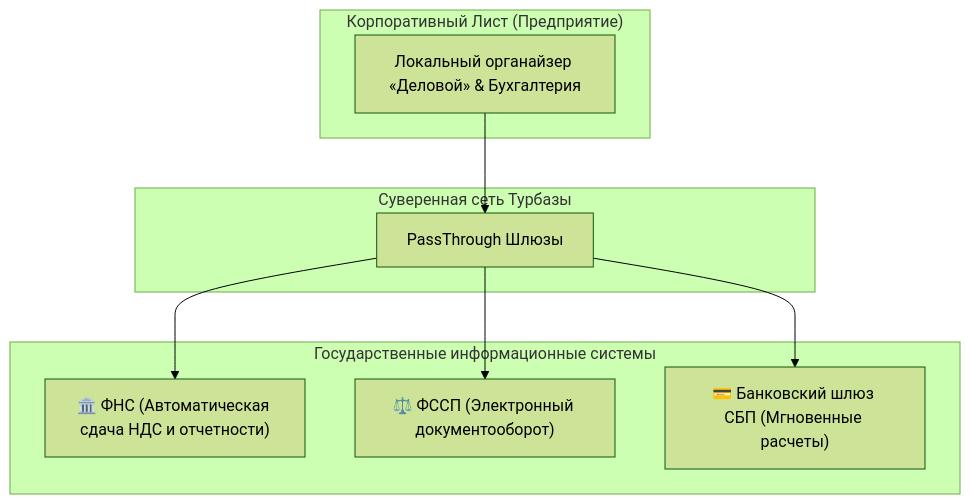
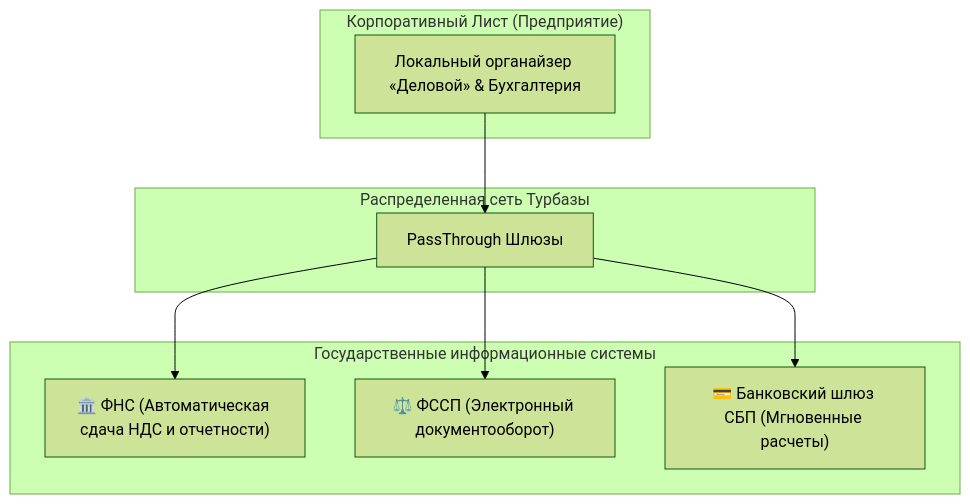
The ninth of 12 diagrams in architecture_presentations/05_routing_p2p_and_passthrough/docs/presentation_deck.md (Data-Independence-Network/presentations), drawn with Mermaid (forest theme) before and after one commit. The commit also changed other lines of this file and 81 other files, not shown here.

```diff
--- a/architecture_presentations/05_routing_p2p_and_passthrough/docs/presentation_deck.md
+++ b/architecture_presentations/05_routing_p2p_and_passthrough/docs/presentation_deck.md
@@ -473,21 +473,21 @@
         <div class="mermaid">
 graph TB
     subgraph Enterprise["Корпоративный Лист (Предприятие)"]
         ERP["Локальный органайзер «Деловой» & Бухгалтерия"]
     end
 
-    subgraph SovereignNetwork["Суверенная сеть Турбазы"]
+    subgraph SovereignNetwork["Распределенная сеть Турбазы"]
         Pass["PassThrough Шлюзы"]
     end
 
     subgraph StateAgencies["Государственные информационные системы"]
         FNS["🏛️ ФНС (Автоматическая сдача НДС и отчетности)"]
         FSSP["⚖️ ФССП (Электронный документооборот)"]
         Bank["💳 Банковский шлюз СБП (Мгновенные расчеты)"]
     end
 
     ERP --> Pass
     Pass --> FNS
     Pass --> FSSP
     Pass --> Bank
         </div>
```
